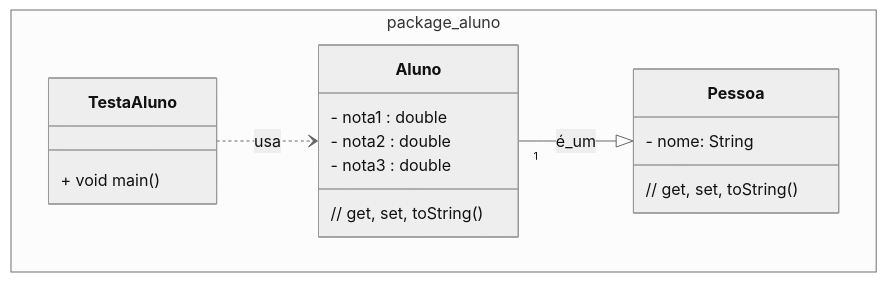
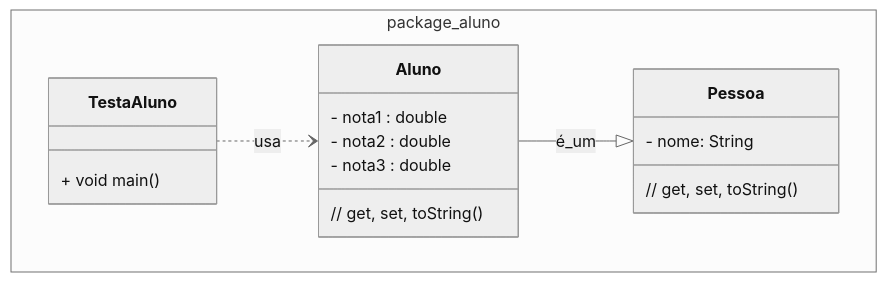
Before and after one commit to ap3ufersa/ap3_2024.3_xicoArruda: the diagram in unidade1/aula6.md, drawn with Mermaid (neutral theme).

````diff
--- a/unidade1/aula6.md
+++ b/unidade1/aula6.md
@@ -7,23 +7,23 @@
 ```mermaid
 classDiagram
     namespace package_aluno {
         class Pessoa {
             - nome: String 
             // get, set, toString()
         }
 
         class Aluno {
             - nota1 : double
             - nota2 : double
             - nota3 : double
             // get, set, toString()
         }
 
         class TestaAluno {
             + void main()
         }
     }
 
-    Aluno "1" --|> Pessoa : é_um
+    Aluno --|> Pessoa : é_um
     TestaAluno ..> Aluno : usa
 ```
````
